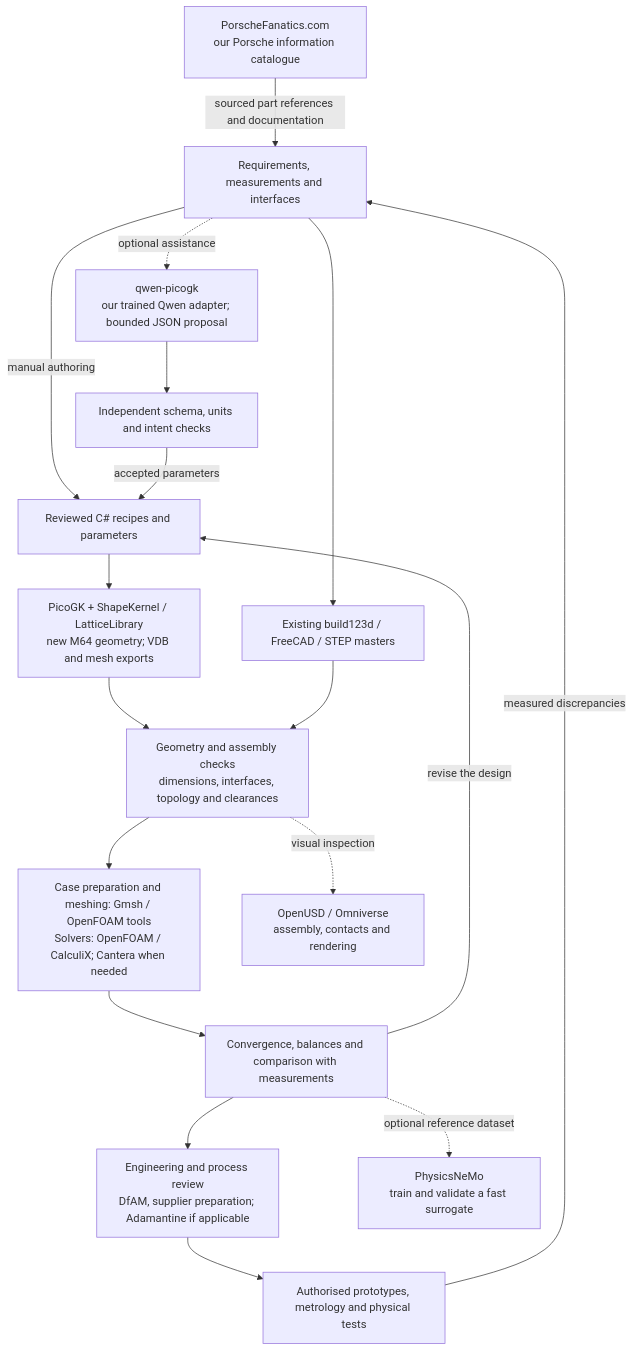
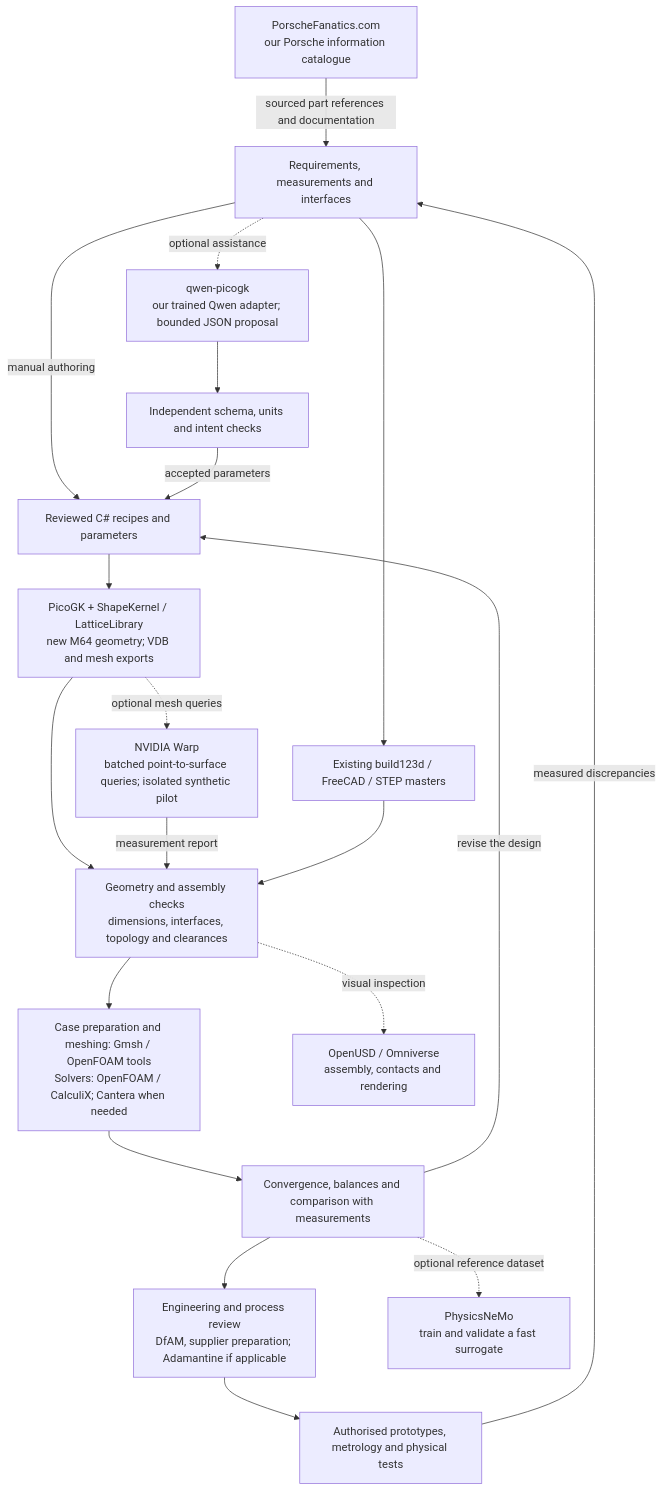
Before and after one commit to cluster2600/porscheparts: the first of 5 diagrams in README.md, drawn with Mermaid.

Commit message:
Show optional Warp queries in the README chain

````diff
--- a/README.md
+++ b/README.md
@@ -68,20 +68,22 @@
 ```mermaid
 flowchart TB
     CATALOG["PorscheFanatics.com<br/>our Porsche information catalogue"] -->|sourced part references and documentation| INPUT
     INPUT["Requirements, measurements and interfaces"] -->|manual authoring| CODE["Reviewed C# recipes and parameters"]
     INPUT -. optional assistance .-> QWEN["qwen-picogk<br/>our trained Qwen adapter; bounded JSON proposal"]
     QWEN --> CHECK["Independent schema, units and intent checks"]
     CHECK -->|accepted parameters| CODE
     CODE --> PICO["PicoGK + ShapeKernel / LatticeLibrary<br/>new M64 geometry; VDB and mesh exports"]
     INPUT --> EXISTING["Existing build123d / FreeCAD / STEP masters"]
     PICO --> GEO["Geometry and assembly checks<br/>dimensions, interfaces, topology and clearances"]
+    PICO -. optional mesh queries .-> WARP["NVIDIA Warp<br/>batched point-to-surface queries; isolated synthetic pilot"]
+    WARP -->|measurement report| GEO
     EXISTING --> GEO
     GEO --> CAE["Case preparation and meshing: Gmsh / OpenFOAM tools<br/>Solvers: OpenFOAM / CalculiX; Cantera when needed"]
     CAE --> REVIEW["Convergence, balances and comparison with measurements"]
     REVIEW -->|revise the design| CODE
     REVIEW --> PREP["Engineering and process review<br/>DfAM, supplier preparation; Adamantine if applicable"]
     PREP --> PHYSICAL["Authorised prototypes, metrology and physical tests"]
     PHYSICAL -->|measured discrepancies| INPUT
     GEO -. visual inspection .-> USD["OpenUSD / Omniverse<br/>assembly, contacts and rendering"]
     REVIEW -. optional reference dataset .-> PN["PhysicsNeMo<br/>train and validate a fast surrogate"]
 ```
````
